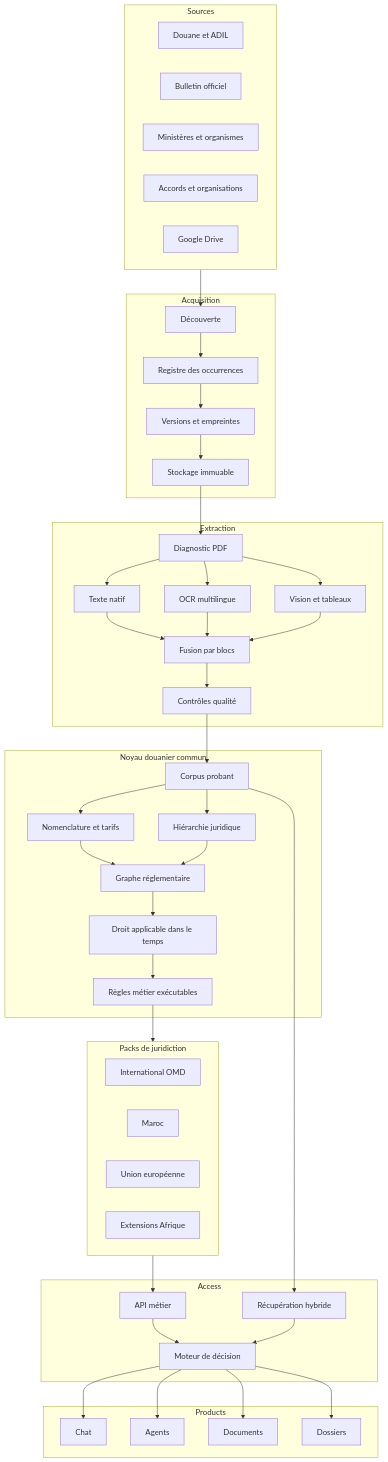
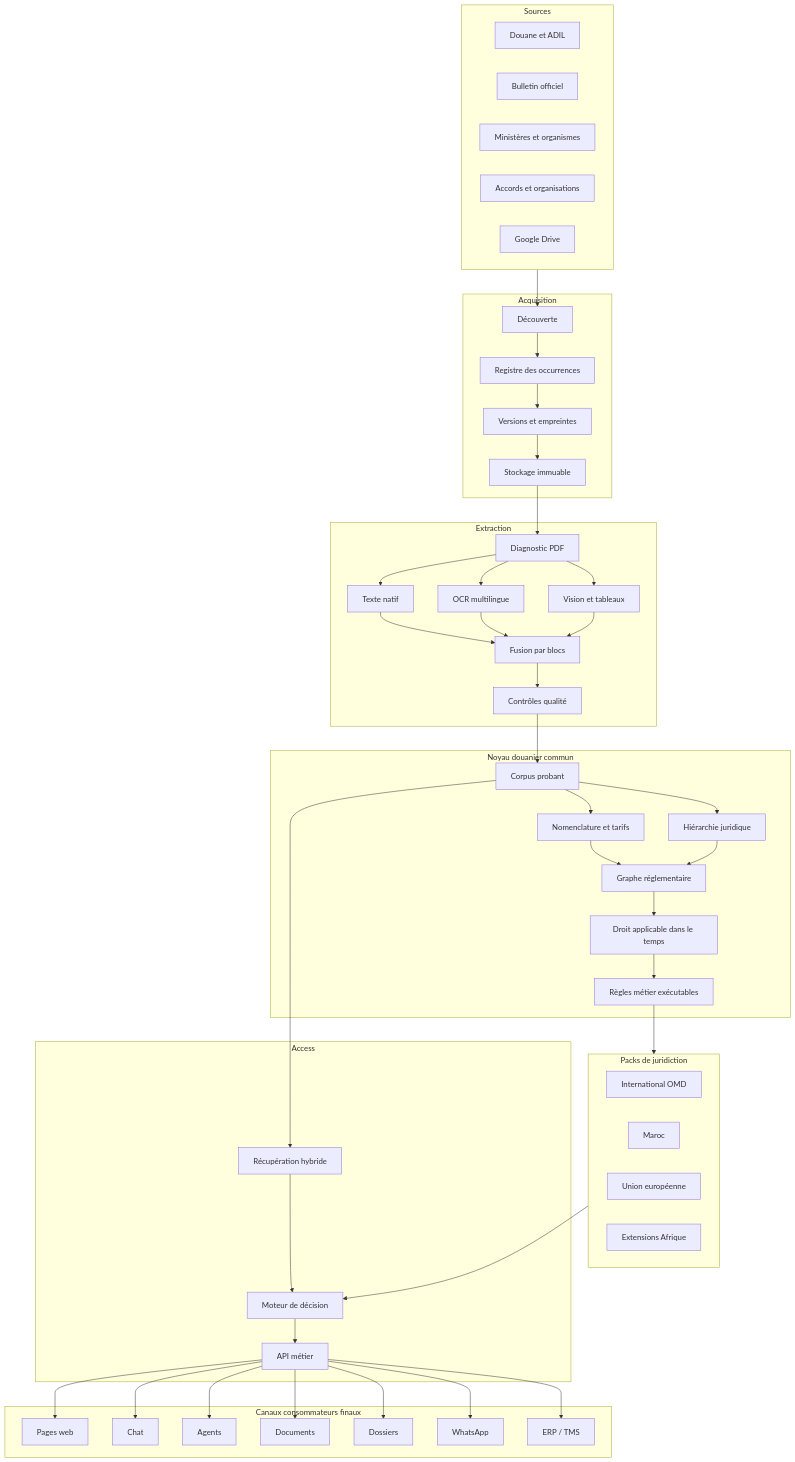
One commit to madjid90/customs-companion-ai changed the diagram in docs/architecture/TARGET_ARCHITECTURE.md. Above: the diagram before and after it, drawn with Mermaid. The commit also changed other lines of this file and 11 other files, not shown here.

Commit message:
Document brain-first channel architecture

````diff
--- a/docs/architecture/TARGET_ARCHITECTURE.md
+++ b/docs/architecture/TARGET_ARCHITECTURE.md
@@ -5,65 +5,72 @@
 ```mermaid
 flowchart TB
   subgraph Sources
     D[Douane et ADIL]
     BO[Bulletin officiel]
     M[Ministères et organismes]
     A[Accords et organisations]
     GD[Google Drive]
   end
   subgraph Acquisition
     DISC[Découverte]
     REG[Registre des occurrences]
     VER[Versions et empreintes]
     RAW[Stockage immuable]
   end
   subgraph Extraction
     PDF[Diagnostic PDF]
     TXT[Texte natif]
     OCR[OCR multilingue]
     VIS[Vision et tableaux]
     MERGE[Fusion par blocs]
     QA[Contrôles qualité]
   end
   subgraph Brain["Noyau douanier commun"]
     EVI[Corpus probant]
     HS[Nomenclature et tarifs]
     LAW[Hiérarchie juridique]
     GRAPH[Graphe réglementaire]
     TIME[Droit applicable dans le temps]
     RULES[Règles métier exécutables]
   end
   subgraph Packs["Packs de juridiction"]
     INT[International OMD]
     MA[Maroc]
     EU[Union européenne]
     AF[Extensions Afrique]
   end
   subgraph Access
     API[API métier]
     RET[Récupération hybride]
     DEC[Moteur de décision]
   end
-  subgraph Products
+  subgraph Consumers["Canaux consommateurs finaux"]
+    WEB[Pages web]
     CHAT[Chat]
     AGENT[Agents]
     DOC[Documents]
     CASE[Dossiers]
+    WA[WhatsApp]
+    ERP[ERP / TMS]
   end
   Sources --> DISC --> REG --> VER --> RAW --> PDF
   PDF --> TXT --> MERGE
   PDF --> OCR --> MERGE
   PDF --> VIS --> MERGE
   MERGE --> QA --> EVI
   EVI --> HS
   EVI --> LAW
   HS --> GRAPH
   LAW --> GRAPH --> TIME --> RULES
   RULES --> Packs
-  Packs --> API --> DEC
+  Packs --> DEC
   EVI --> RET --> DEC
-  DEC --> CHAT
-  DEC --> AGENT
-  DEC --> DOC
-  DEC --> CASE
+  DEC --> API
+  API --> WEB
+  API --> CHAT
+  API --> AGENT
+  API --> DOC
+  API --> CASE
+  API --> WA
+  API --> ERP
 ```
````
